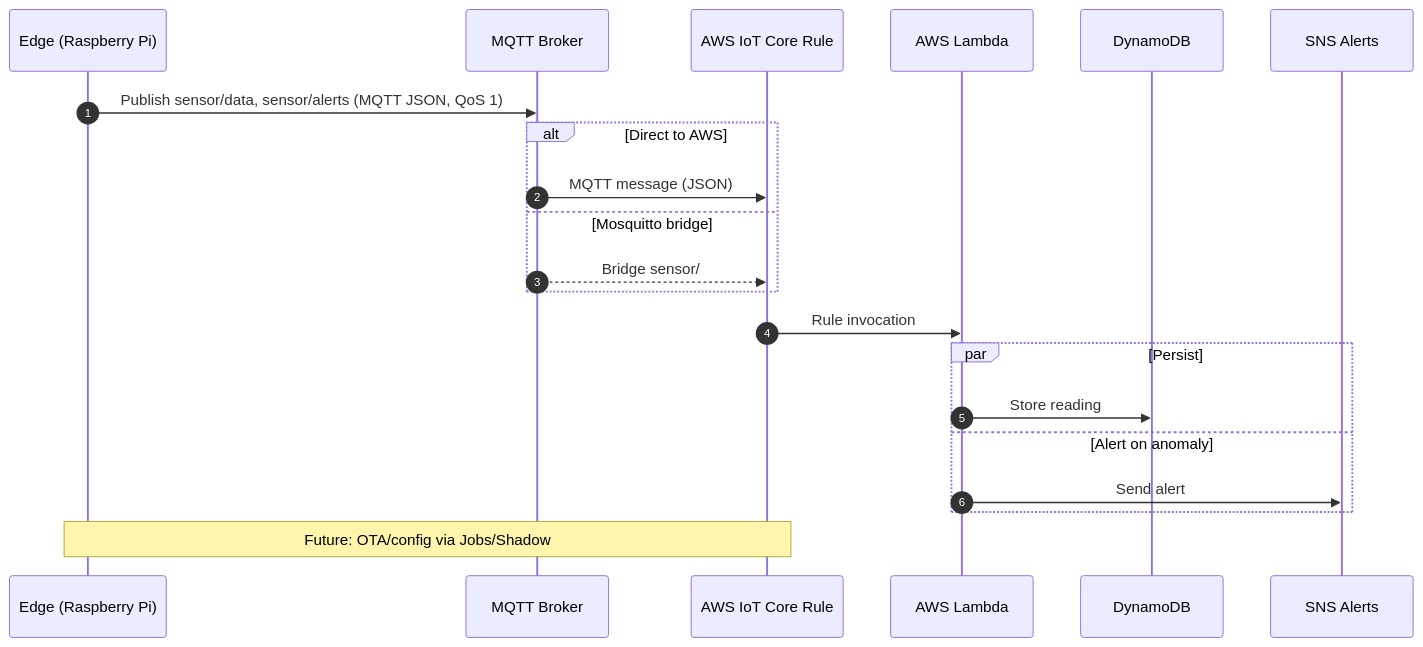
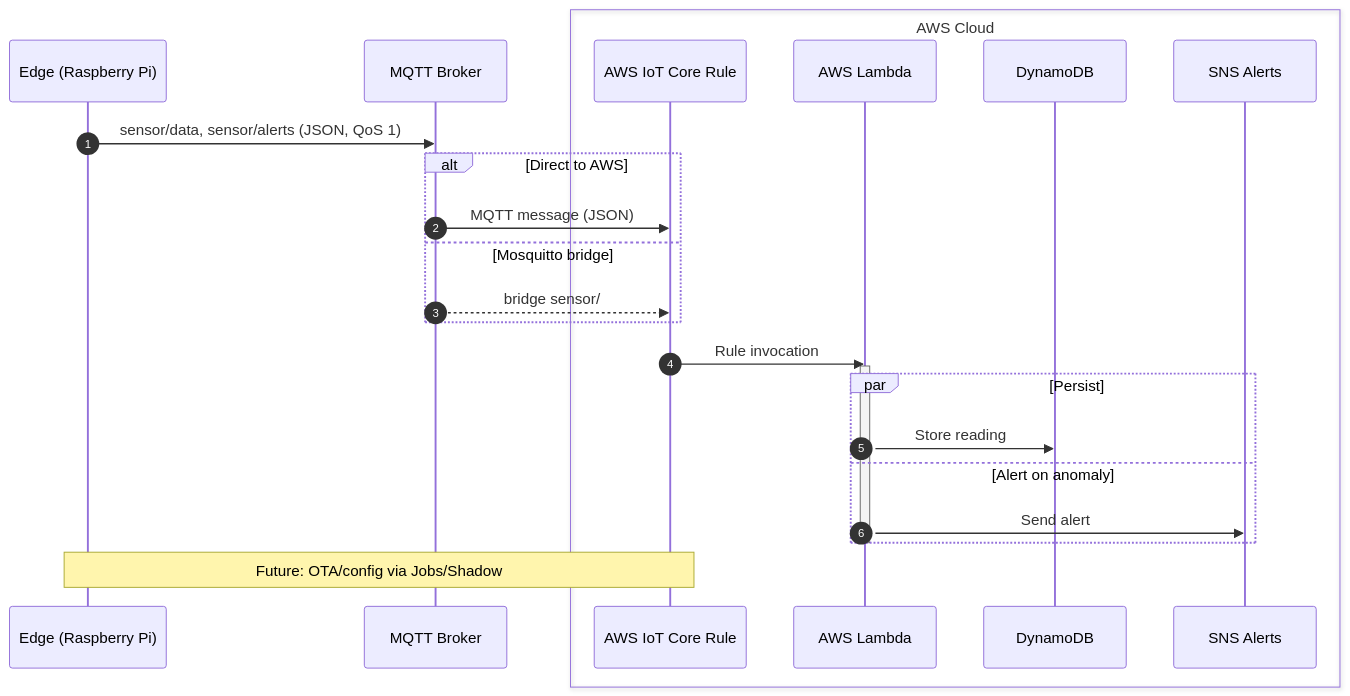
One commit to chrisdudley-dev/smart-edge-cloud-thermohygrometer changed the diagram in README.md. Above: the diagram before and after it, drawn with Mermaid.

Commit message:
Fix Mermaid sequence diagram: clarify variants, align fan-out, add AWS Cloud grouping

````diff
--- a/README.md
+++ b/README.md
@@ -136,34 +136,36 @@
 ```mermaid
 sequenceDiagram
     autonumber
-    %% Actors
+
     participant Edge as Edge (Raspberry Pi)
     participant Broker as MQTT Broker
+    box AWS Cloud
     participant IoT as AWS IoT Core Rule
     participant L as AWS Lambda
     participant DB as DynamoDB
     participant SNS as SNS Alerts
+    end
 
-    %% Publish from Edge
-    Edge->>Broker: Publish sensor/data, sensor/alerts (MQTT JSON, QoS 1)
+    %% Publish from edge
+    Edge->>Broker: sensor/data, sensor/alerts (JSON, QoS 1)
 
-    %% Variant: choose one deployment
+    %% Choose one deployment
     alt Direct to AWS
         Broker->>IoT: MQTT message (JSON)
     else Mosquitto bridge
-        Broker-->>IoT: Bridge sensor/#   %% dashed/asynch line to hint "bridge"
+        Broker-->>IoT: bridge sensor/#
     end
 
     %% Cloud processing
     IoT->>L: Rule invocation
-
+    activate L
     par Persist
         L->>DB: Store reading
     and Alert on anomaly
         L->>SNS: Send alert
     end
+    deactivate L
 
-    %% Future/optional
+    %% Future
     Note over Edge,IoT: Future: OTA/config via Jobs/Shadow
-
 ```
````
